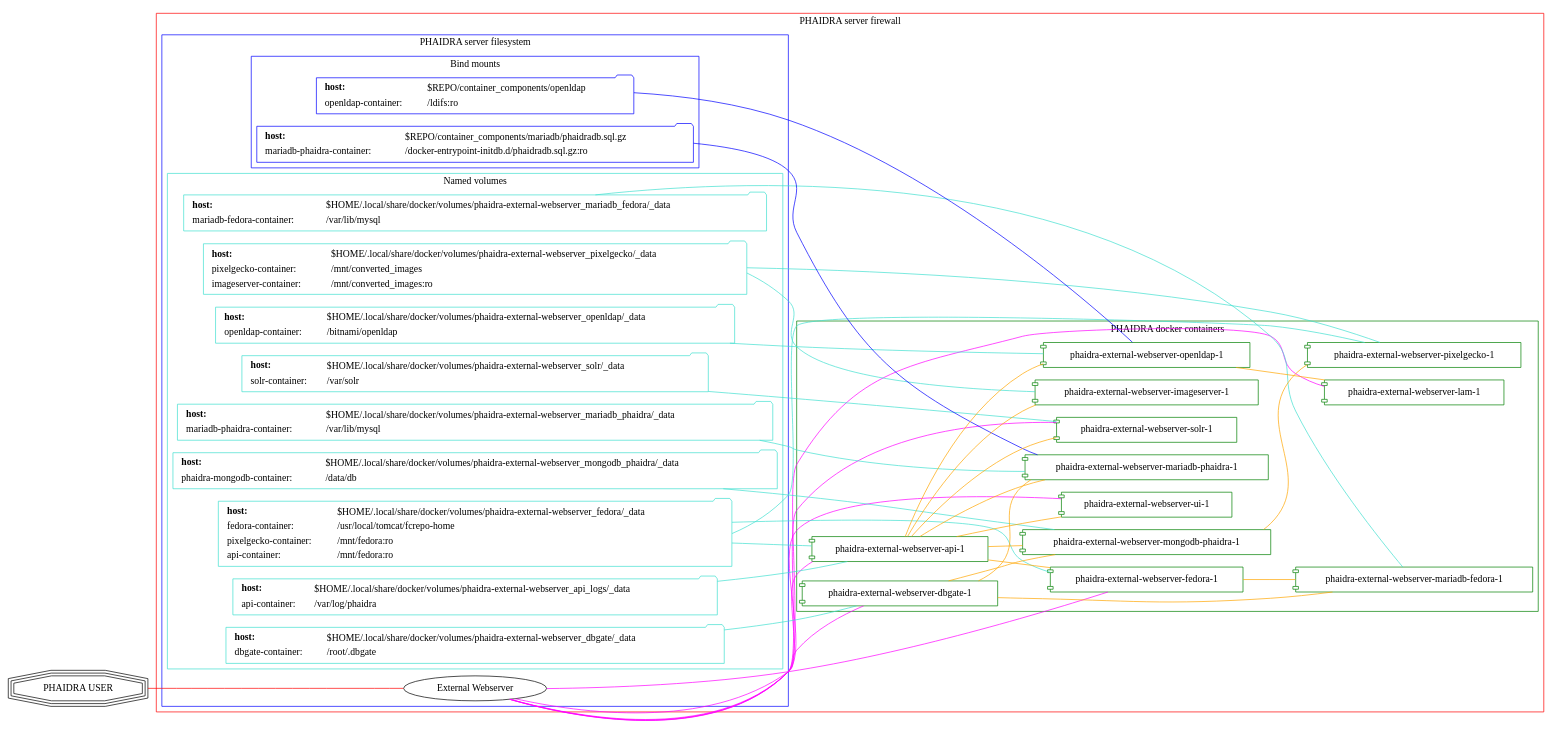
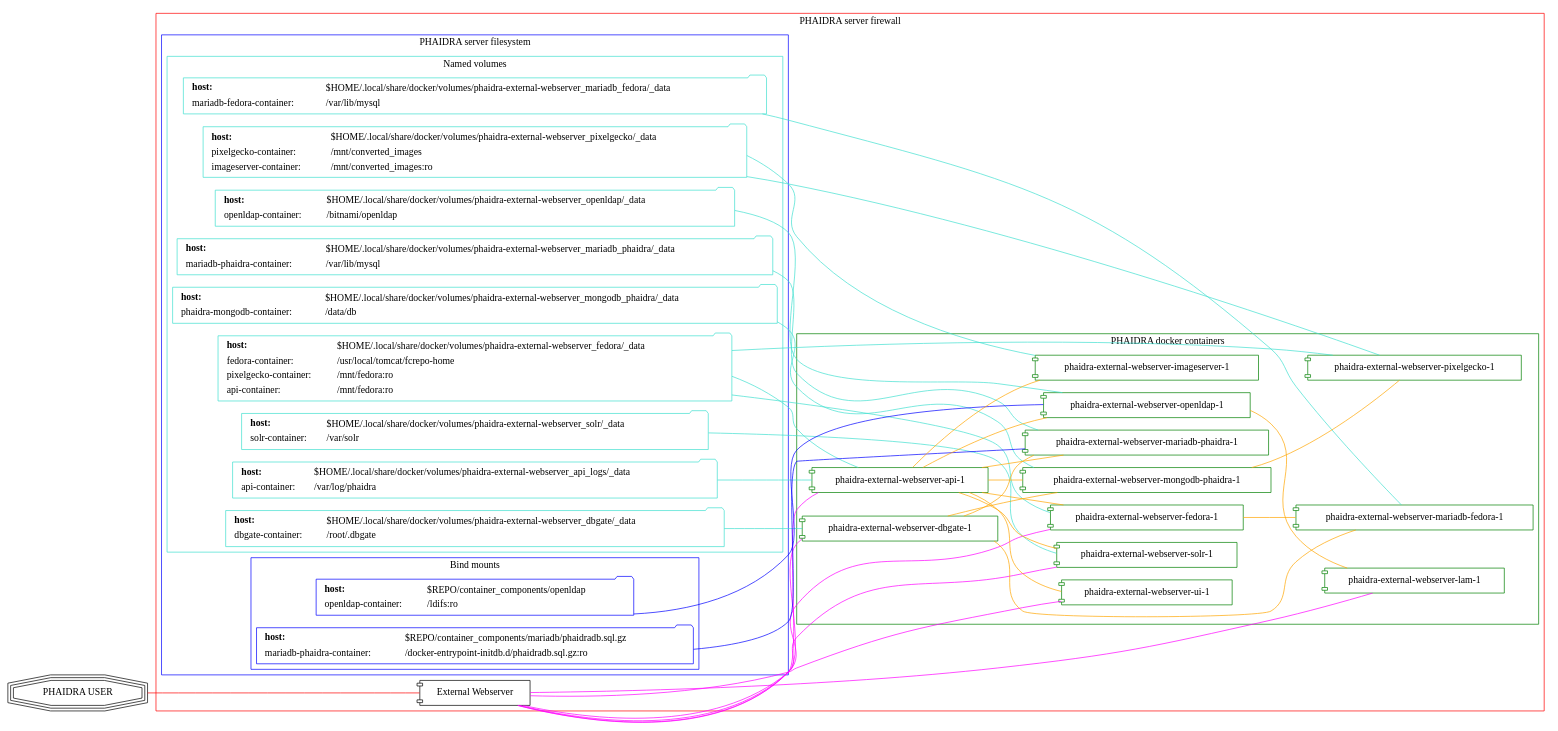
Before and after one commit to phaidra/phaidra: the fourth of 4 diagrams in README.org, drawn with Graphviz. The commit also changed 1 other file, not shown here.

Commit message:
fix position of external webserver in graph.

```diff
--- a/README.org
+++ b/README.org
@@ -832,11 +832,10 @@
              subgraph cluster_host {
                      label = "PHAIDRA server firewall";
                      color = red;
-
+                     WEBSERVER [shape = component, label="External Webserver"];
                      subgraph cluster_host_storage {
                              label = "PHAIDRA server filesystem";
                              color = blue;
-                             WEBSERVER [label="External Webserver"];
                              subgraph cluster_named_volumes {
                                      label = "Named volumes";
                                      color = turquoise;
```
